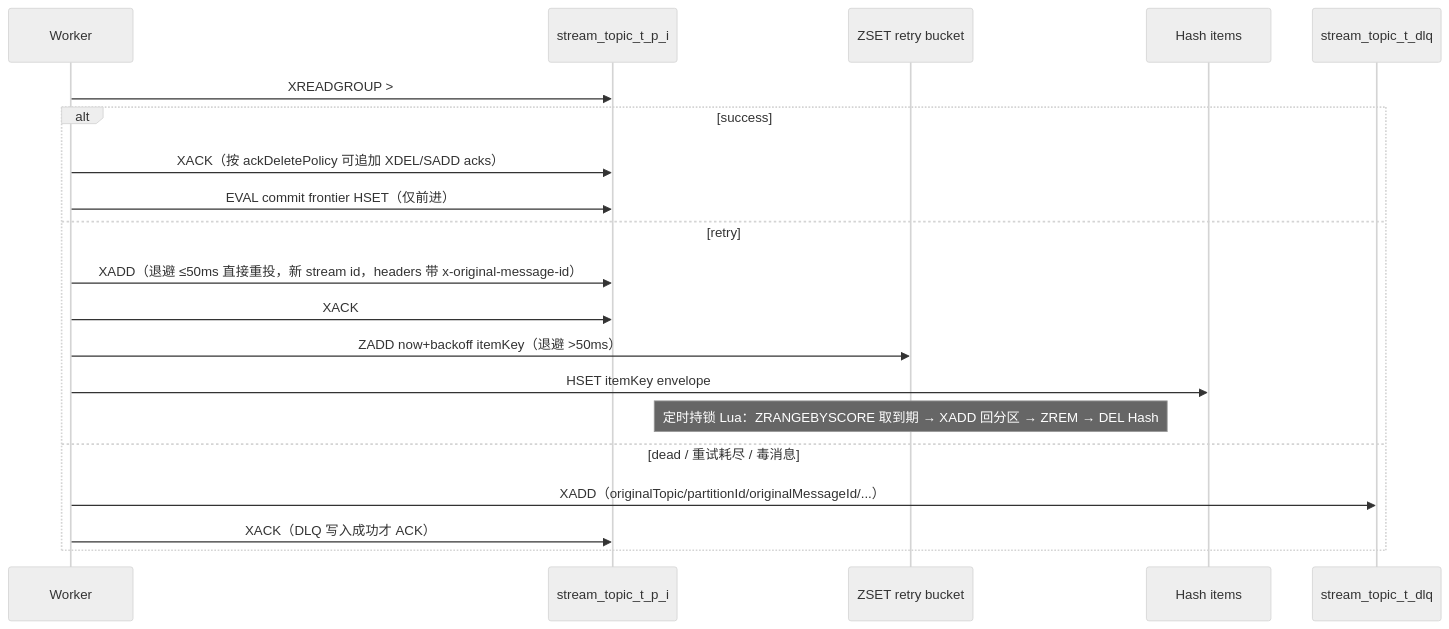
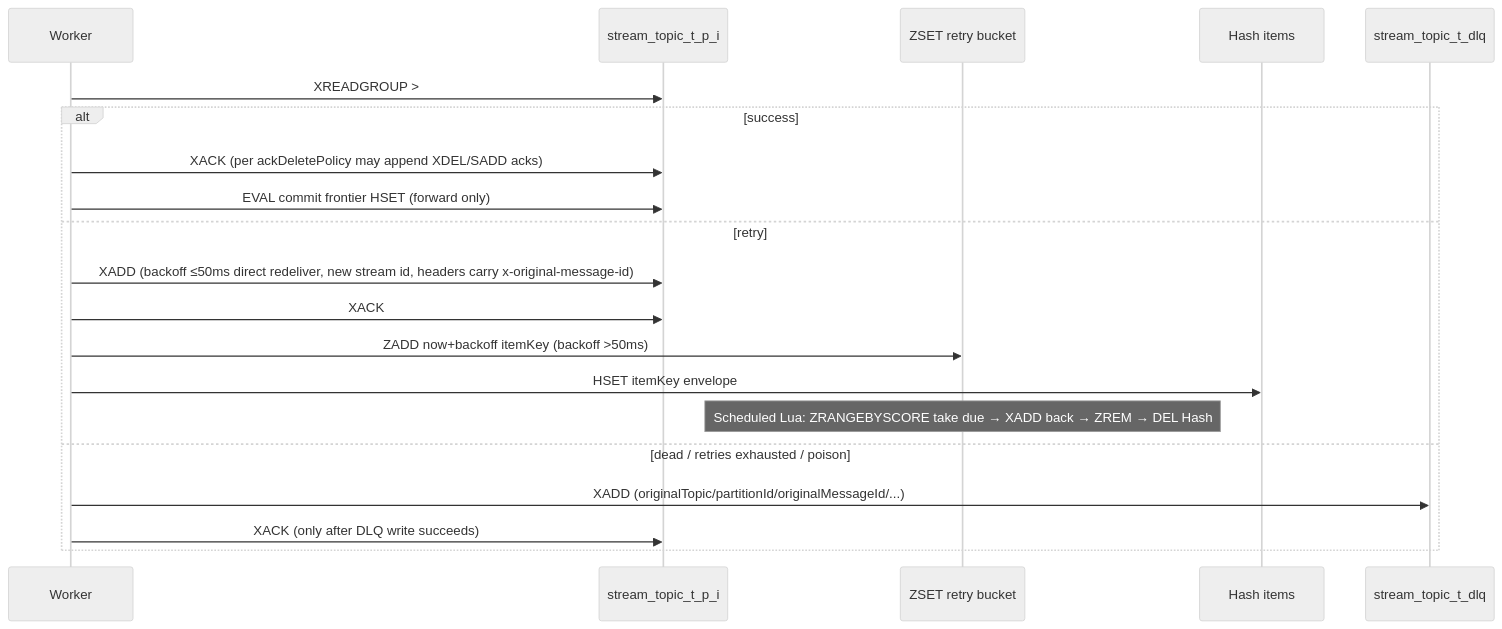
One commit to cuihairu/redis-streaming changed the second of 3 diagrams in docs/MQ-Broker-Interaction.md. Above: the diagram before and after it, drawn with Mermaid (neutral theme). The commit also changed other lines of this file and 96 other files, not shown here.

````diff
--- a/docs/MQ-Broker-Interaction.md
+++ b/docs/MQ-Broker-Interaction.md
@@ -55,22 +63,22 @@
 ```mermaid
 sequenceDiagram
   participant W as Worker
   participant S as stream_topic_t_p_i
   participant RB as ZSET retry bucket
   participant RH as Hash items
   participant DL as stream_topic_t_dlq
   W->>S: XREADGROUP >
   alt success
-    W->>S: XACK（按 ackDeletePolicy 可追加 XDEL/SADD acks）
-    W->>S: EVAL commit frontier HSET（仅前进）
+    W->>S: XACK (per ackDeletePolicy may append XDEL/SADD acks)
+    W->>S: EVAL commit frontier HSET (forward only)
   else retry
-    W->>S: XADD（退避 ≤50ms 直接重投，新 stream id，headers 带 x-original-message-id）
+    W->>S: XADD (backoff ≤50ms direct redeliver, new stream id, headers carry x-original-message-id)
     W->>S: XACK
-    W->>RB: ZADD now+backoff itemKey（退避 >50ms）
+    W->>RB: ZADD now+backoff itemKey (backoff >50ms)
     W->>RH: HSET itemKey envelope
-    Note over RB: 定时持锁 Lua：ZRANGEBYSCORE 取到期 → XADD 回分区 → ZREM → DEL Hash
-  else dead / 重试耗尽 / 毒消息
-    W->>DL: XADD（originalTopic/partitionId/originalMessageId/...）
-    W->>S: XACK（DLQ 写入成功才 ACK）
+    Note over RB: Scheduled Lua: ZRANGEBYSCORE take due → XADD back → ZREM → DEL Hash
+  else dead / retries exhausted / poison
+    W->>DL: XADD (originalTopic/partitionId/originalMessageId/...)
+    W->>S: XACK (only after DLQ write succeeds)
   end
 ```
````
